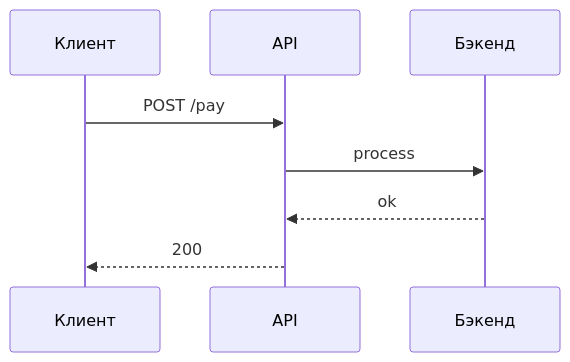
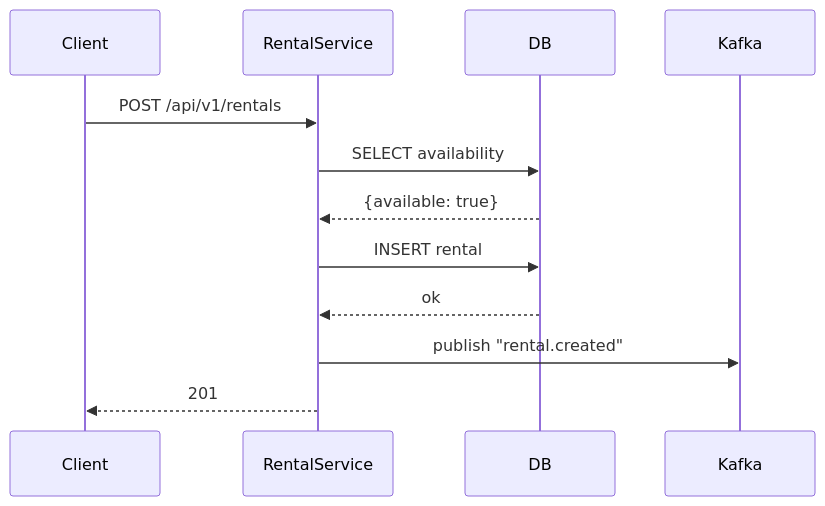
Before and after one commit to MihailSbuchelov/System-Analysis-School: the ninth of 9 diagrams in tatiana-integratsii-ch1/zanyatie-03-uml-sequence/prezentaciya.md, drawn with Mermaid. The commit also changed other lines of this file and 5 other files, not shown here.

````diff
--- a/tatiana-integratsii-ch1/zanyatie-03-uml-sequence/prezentaciya.md
+++ b/tatiana-integratsii-ch1/zanyatie-03-uml-sequence/prezentaciya.md
@@ -169,11 +348,15 @@
 ```mermaid
 sequenceDiagram
-    participant C as Клиент
-    participant A as API
-    participant B as Бэкенд
+    participant C as Client
+    participant R as RentalService
+    participant DB
+    participant K as Kafka
 
-    C->>A: POST /pay
-    A->>B: process
-    B-->>A: ok
-    A-->>C: 200
+    C->>R: POST /api/v1/rentals
+    R->>DB: SELECT availability
+    DB-->>R: {available: true}
+    R->>DB: INSERT rental
+    DB-->>R: ok
+    R->>K: publish "rental.created"
+    R-->>C: 201
 ```
````
